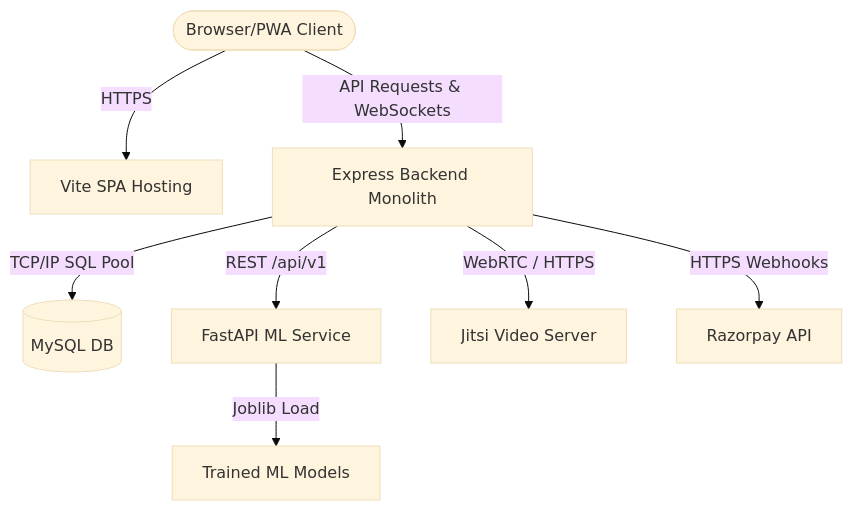
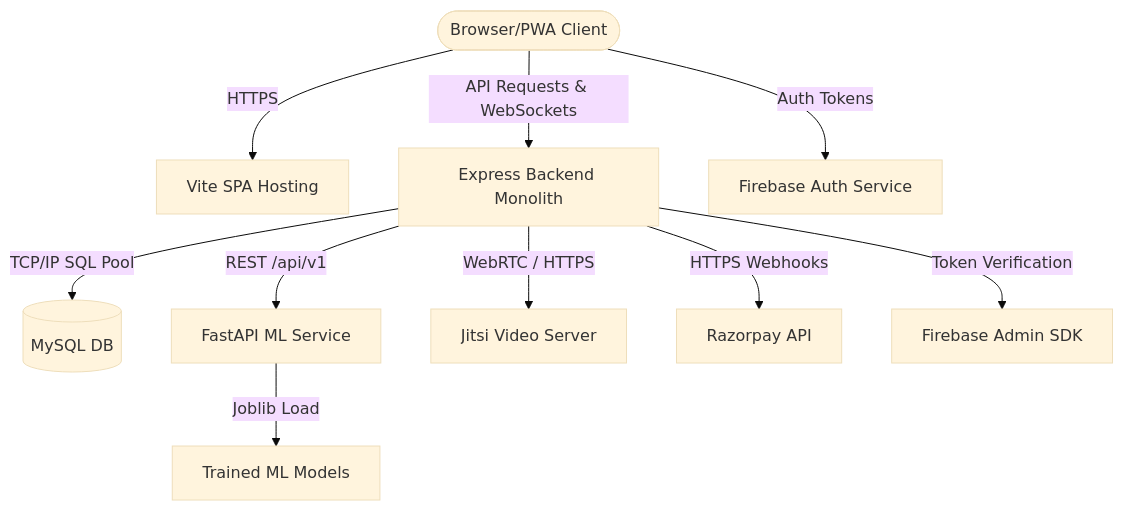
One commit to Mohit-Rana-Mk/ReadyNest-Group-Project changed the first of 9 diagrams in appaudit.md. Above: the diagram before and after it, drawn with Mermaid (base theme). The commit also changed other lines of this file, not shown here.

Commit message:
docs: redesign appaudit.md with updated Firebase auth and client compression details

````diff
--- a/appaudit.md
+++ b/appaudit.md
@@ -85,10 +87,12 @@
 ```mermaid
 graph TD
     User([Browser/PWA Client]) -->|HTTPS| WebServer[Vite SPA Hosting]
     User -->|API Requests & WebSockets| API_Gateway[Express Backend Monolith]
+    User -->|Auth Tokens| Firebase[Firebase Auth Service]
     API_Gateway -->|TCP/IP SQL Pool| Database[(MySQL DB)]
     API_Gateway -->|REST /api/v1| ML_Service[FastAPI ML Service]
     API_Gateway -->|WebRTC / HTTPS| Jitsi[Jitsi Video Server]
     API_Gateway -->|HTTPS Webhooks| Razorpay[Razorpay API]
+    API_Gateway -->|Token Verification| FirebaseAdmin[Firebase Admin SDK]
     ML_Service -->|Joblib Load| SVM_Model[Trained ML Models]
 ```
````
